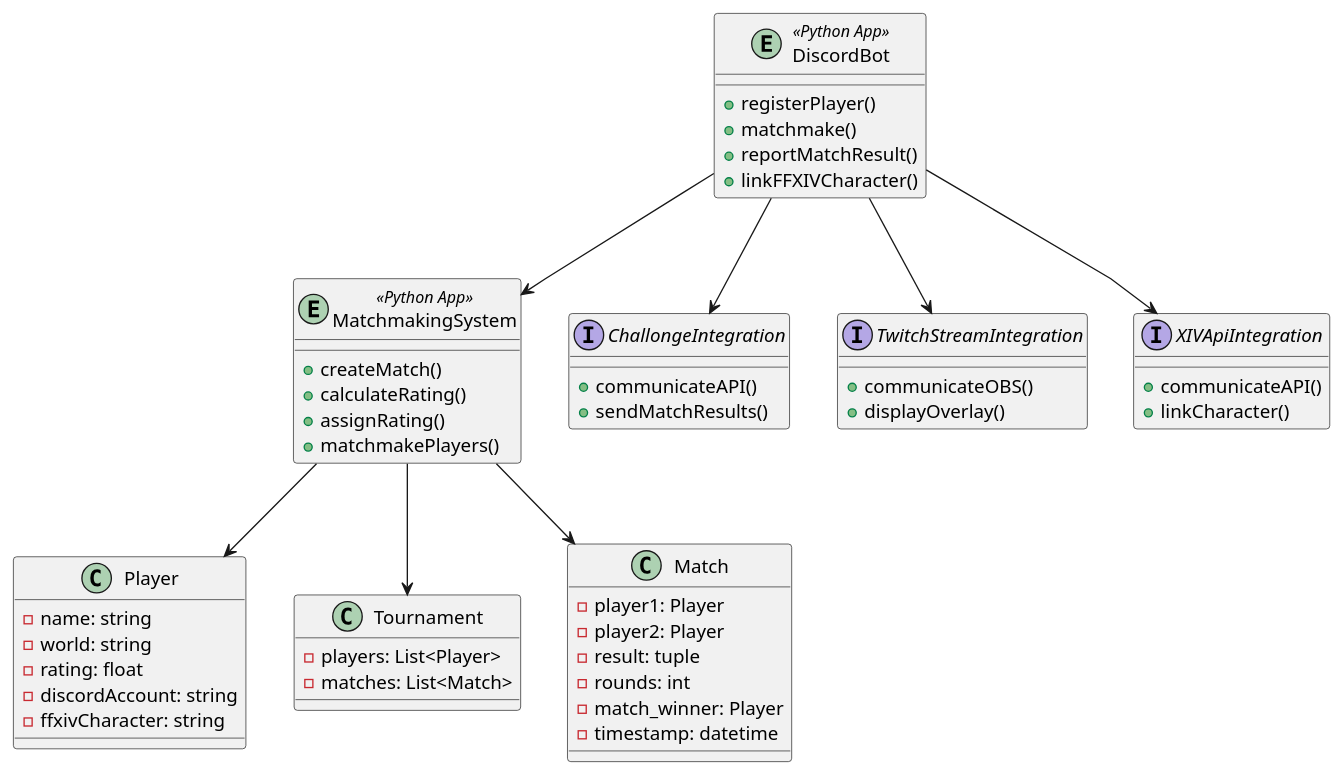
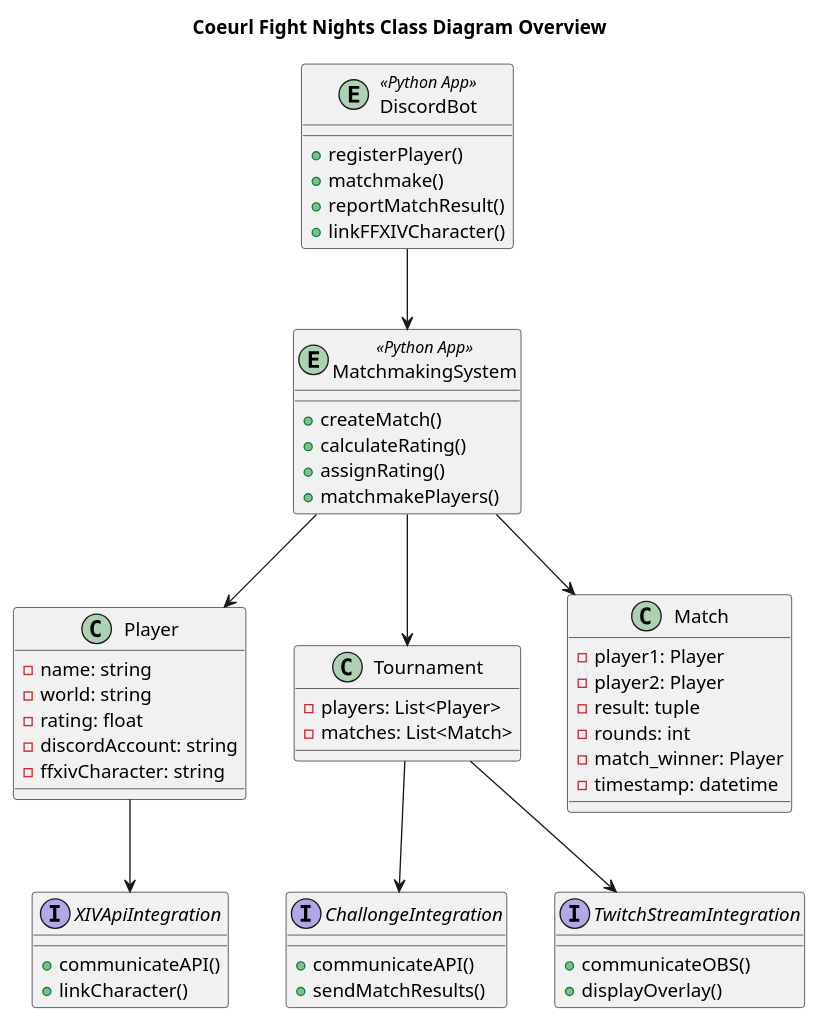
One commit to DemiDaemi/CoeurlFightNightsDocs changed the diagram in docs/MainClassDiagram.puml. Above: the diagram before and after it, drawn with PlantUML. The commit also changed 2 other files, not shown here.

Commit message:
Class Diagram + README

```diff
--- a/docs/MainClassDiagram.puml
+++ b/docs/MainClassDiagram.puml
@@ -1,64 +1,65 @@
-@startuml
-skinparam linetype polyline
+@startuml MainClassDiagram
+
+title Coeurl Fight Nights Class Diagram Overview
 
 Entity DiscordBot <<Python App>> {
   +registerPlayer()
   +matchmake()
   +reportMatchResult()
   +linkFFXIVCharacter()
 }
 
 Entity MatchmakingSystem <<Python App>> {
   +createMatch()
   +calculateRating()
   +assignRating()
   +matchmakePlayers()
 }
 
 interface ChallongeIntegration {
   +communicateAPI()
   +sendMatchResults()
 }
 
 interface TwitchStreamIntegration {
   +communicateOBS()
   +displayOverlay()
 }
 
 interface XIVApiIntegration {
   +communicateAPI()
   +linkCharacter()
 }
 
 class Player {
   -name: string
   -world: string
   -rating: float
   -discordAccount: string
   -ffxivCharacter: string
 }
 
 class Tournament {
   -players: List<Player>
   -matches: List<Match>
 }
 
 class Match {
   -player1: Player
   -player2: Player
   -result: tuple
   -rounds: int
   -match_winner: Player
   -timestamp: datetime
 
 }
 
 DiscordBot --> MatchmakingSystem
-DiscordBot --> ChallongeIntegration
-DiscordBot --> TwitchStreamIntegration
-DiscordBot --> XIVApiIntegration
+Tournament --> ChallongeIntegration
+Tournament --> TwitchStreamIntegration
+Player --> XIVApiIntegration
 MatchmakingSystem --> Player
 MatchmakingSystem --> Tournament
 MatchmakingSystem --> Match
 
 @enduml
```
